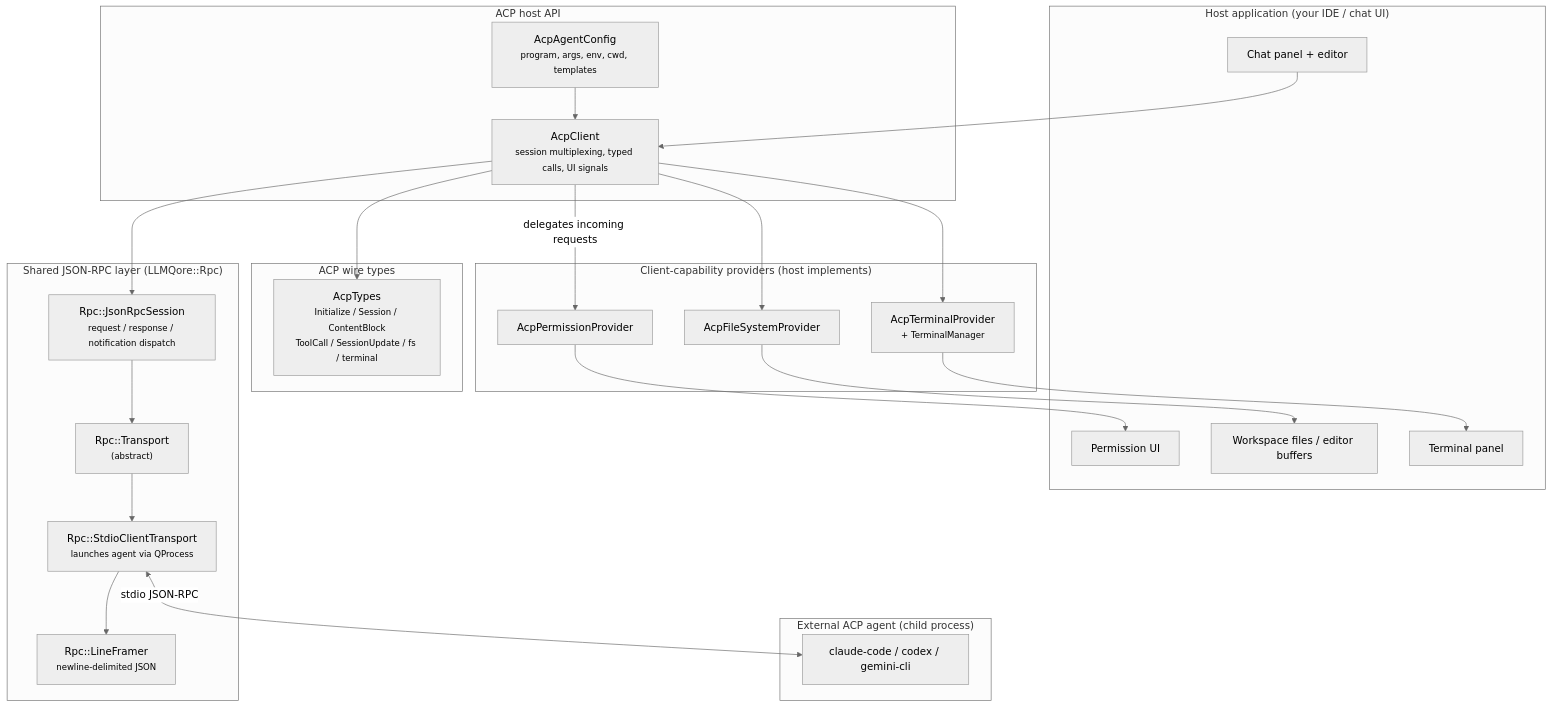
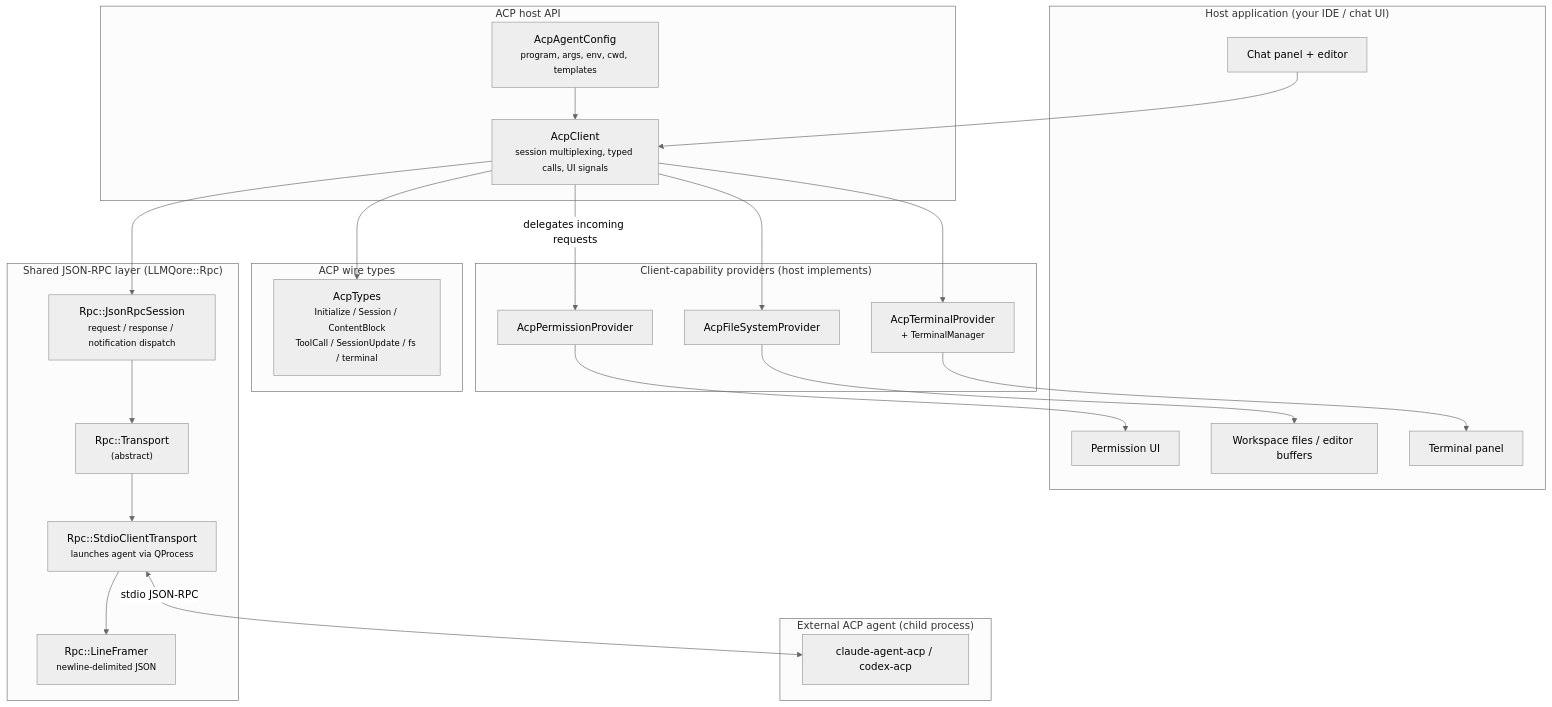
The diagram in docs/acp/architecture.md (Palm1r/llmcore), drawn with Mermaid (neutral theme) before and after one commit. The commit also changed other lines of this file and 48 other files, not shown here.

````diff
--- a/docs/acp/architecture.md
+++ b/docs/acp/architecture.md
@@ -58,50 +58,50 @@
 ```mermaid
 flowchart TD
     subgraph Host["Host application (your IDE / chat UI)"]
         UI["Chat panel + editor"]
         PERM["Permission UI"]
         FS["Workspace files / editor buffers"]
         TERM["Terminal panel"]
     end
 
     subgraph AcpPublic["ACP host API"]
         AC["AcpClient<br/><small>session multiplexing, typed calls, UI signals</small>"]
         CFG["AcpAgentConfig<br/><small>program, args, env, cwd, templates</small>"]
     end
 
     subgraph AcpProviders["Client-capability providers (host implements)"]
         PP["AcpPermissionProvider"]
         FSP["AcpFileSystemProvider"]
         TP["AcpTerminalProvider<br/><small>+ TerminalManager</small>"]
     end
 
     subgraph AcpTypes["ACP wire types"]
         T["AcpTypes<br/><small>Initialize / Session / ContentBlock<br/>ToolCall / SessionUpdate / fs / terminal</small>"]
     end
 
     subgraph Rpc["Shared JSON-RPC layer (LLMQore::Rpc)"]
         JS["Rpc::JsonRpcSession<br/><small>request / response / notification dispatch</small>"]
         RT["Rpc::Transport<br/><small>(abstract)</small>"]
         LF["Rpc::LineFramer<br/><small>newline-delimited JSON</small>"]
         STDIO["Rpc::StdioClientTransport<br/><small>launches agent via QProcess</small>"]
     end
 
     subgraph Agent["External ACP agent (child process)"]
-        EA["claude-code / codex / gemini-cli"]
+        EA["claude-agent-acp / codex-acp"]
     end
 
     UI --> AC
     CFG --> AC
     AC --> T
     AC --> JS
     AC -->|delegates incoming requests| PP
     AC --> FSP
     AC --> TP
     PP --> PERM
     FSP --> FS
     TP --> TERM
     JS --> RT
     RT --> STDIO
     STDIO --> LF
     STDIO <-->|stdio JSON-RPC| EA
 ```
````
